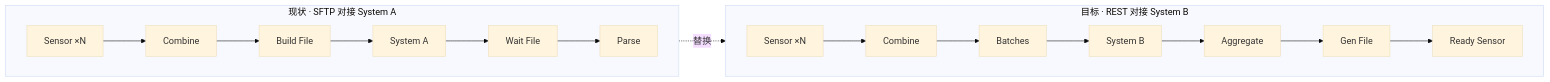
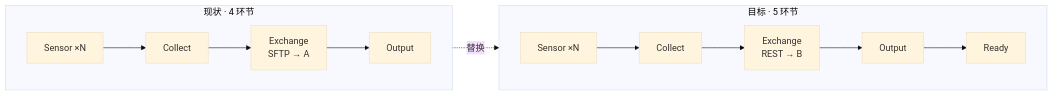
Before and after one commit to owengoodluck/docs-workbench: the third of 3 diagrams in design/security-id-migration/2026-11-03-系统架构-design.md, drawn with Mermaid (base theme). The commit also changed other lines of this file, not shown here.

````diff
--- a/design/security-id-migration/2026-11-03-系统架构-design.md
+++ b/design/security-id-migration/2026-11-03-系统架构-design.md
@@ -127,12 +73,12 @@
 ```mermaid
 flowchart LR
-    subgraph ASIS["现状 · SFTP 对接 System A"]
+    subgraph A["现状 · 4 环节"]
         direction LR
-        A1["Sensor ×N"] --> A2["Combine"] --> A3["Build File"] --> A4["System A"] --> A5["Wait File"] --> A6["Parse"]
+        A1["Sensor ×N"] --> A2["Collect"] --> A3["Exchange<br/>SFTP → A"] --> A4["Output"]
     end
-    subgraph TOBE["目标 · REST 对接 System B"]
+    subgraph B["目标 · 5 环节"]
         direction LR
-        B1["Sensor ×N"] --> B2["Combine"] --> B3["Batches"] --> B4["System B"] --> B5["Aggregate"] --> B6["Gen File"] --> B7["Ready Sensor"]
+        B1["Sensor ×N"] --> B2["Collect"] --> B3["Exchange<br/>REST → B"] --> B4["Output"] --> B5["Ready"]
     end
-    A4 -.->|替换| B4
+    A3 -.->|替换| B3
 ```
````
